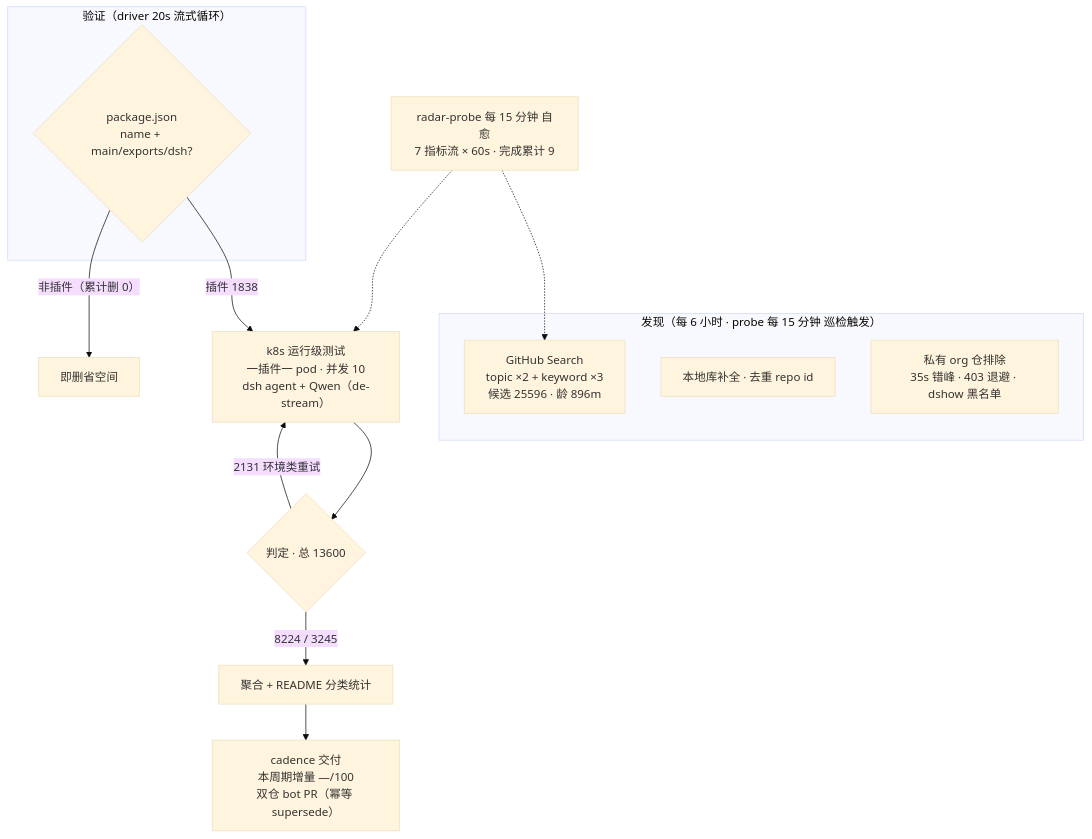
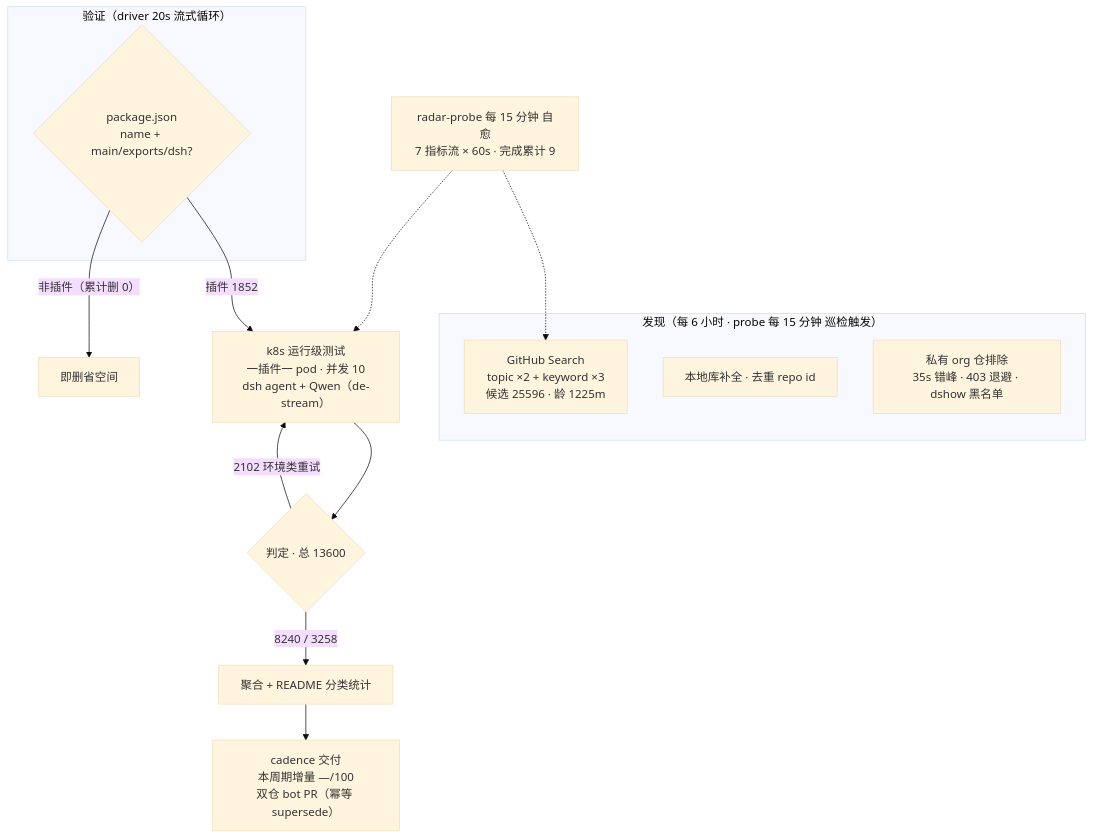
The diagram in README.md (Zhidao-Lab-OSS/awesome-dsh-plugins), drawn with Mermaid (base theme) before and after one commit. The commit also changed other lines of this file and 1 other file, not shown here.

````diff
--- a/README.md
+++ b/README.md
@@ -55,20 +54,20 @@
 ```mermaid
 flowchart TB
     subgraph Discovery["发现（每 6 小时 · probe 每 15 分钟 巡检触发）"]
-        A1["GitHub Search<br/>topic ×2 + keyword ×3<br/>候选 25596 · 龄 896m"]
+        A1["GitHub Search<br/>topic ×2 + keyword ×3<br/>候选 25596 · 龄 1225m"]
         A2["本地库补全 · 去重 repo id"]
         A3["私有 org 仓排除<br/>35s 错峰 · 403 退避 · dshow 黑名单"]
     end
     subgraph Validation["验证（driver 20s 流式循环）"]
         B1{"package.json<br/>name + main/exports/dsh?"}
     end
-    B1 -->|"插件 1838"| C1["k8s 运行级测试<br/>一插件一 pod · 并发 10<br/>dsh agent + Qwen（de-stream）"]
+    B1 -->|"插件 1852"| C1["k8s 运行级测试<br/>一插件一 pod · 并发 10<br/>dsh agent + Qwen（de-stream）"]
     B1 -->|"非插件（累计删 0）"| B3["即删省空间"]
     C1 --> D1{"判定 · 总 13600"}
-    D1 -->|"8224 / 3245"| E1["聚合 + README 分类统计"]
-    D1 -->|"2131 环境类重试"| C1
+    D1 -->|"8240 / 3258"| E1["聚合 + README 分类统计"]
+    D1 -->|"2102 环境类重试"| C1
     E1 --> E2["cadence 交付<br/>本周期增量 —/100<br/>双仓 bot PR（幂等 supersede）"]
     M["radar-probe 每 15 分钟 自愈<br/>7 指标流 × 60s · 完成累计 9"]
     M -.-> A1
     M -.-> C1
 ```
````
